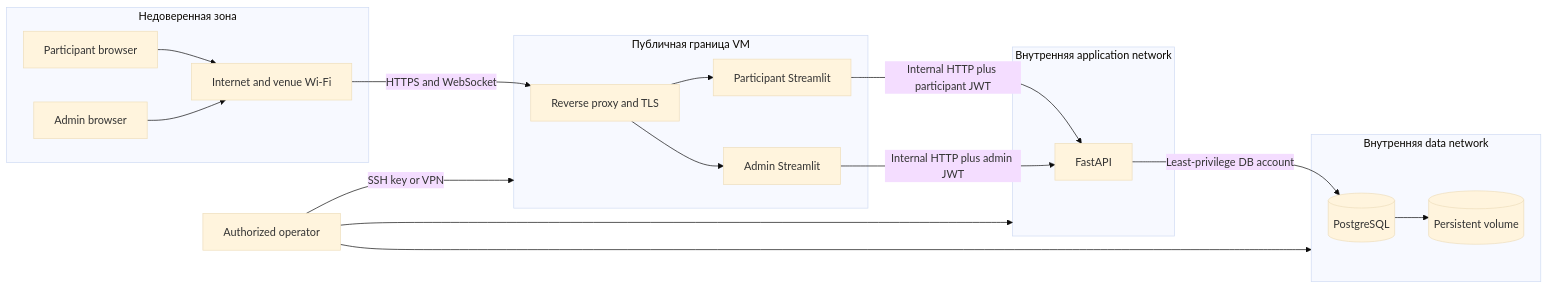
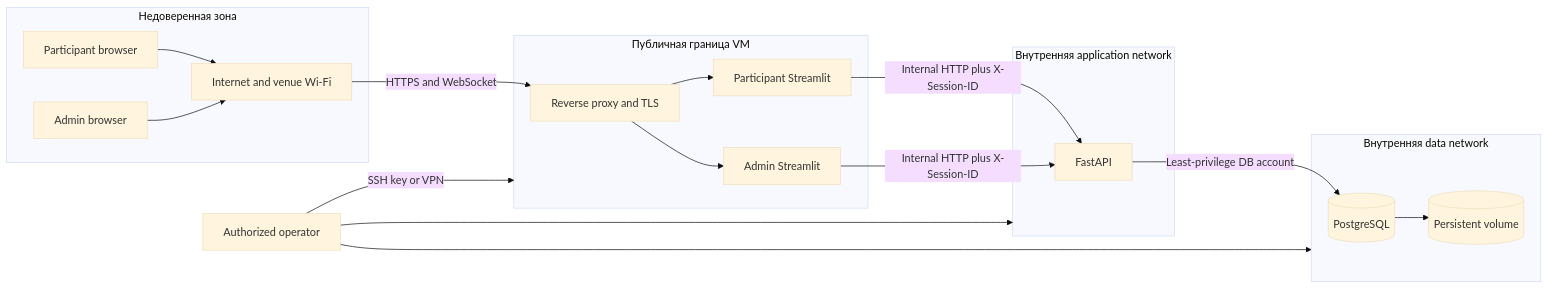
One commit to BigZet/AMLautosim changed the first of 5 diagrams in docs/security.md. Above: the diagram before and after it, drawn with Mermaid (base theme). The commit also changed other lines of this file and 179 other files, not shown here.

````diff
--- a/docs/security.md
+++ b/docs/security.md
@@ -20,35 +20,35 @@
 ```mermaid
 flowchart LR
     subgraph untrusted["Недоверенная зона"]
         player["Participant browser"]
         adminBrowser["Admin browser"]
         internet["Internet and venue Wi-Fi"]
     end
 
     subgraph edge["Публичная граница VM"]
         proxy["Reverse proxy and TLS"]
         participantUi["Participant Streamlit"]
         adminUi["Admin Streamlit"]
     end
 
     subgraph app["Внутренняя application network"]
         api["FastAPI"]
     end
 
     subgraph data["Внутренняя data network"]
         db[("PostgreSQL")]
         volume[("Persistent volume")]
     end
 
     player --> internet -->|"HTTPS and WebSocket"| proxy
     adminBrowser --> internet
     proxy --> participantUi
     proxy --> adminUi
-    participantUi -->|"Internal HTTP plus participant JWT"| api
-    adminUi -->|"Internal HTTP plus admin JWT"| api
+    participantUi -->|"Internal HTTP plus X-Session-ID"| api
+    adminUi -->|"Internal HTTP plus X-Session-ID"| api
     api -->|"Least-privilege DB account"| db
     db --> volume
     operator["Authorized operator"] -->|"SSH key or VPN"| edge
     operator --> app
     operator --> data
 ```
````
